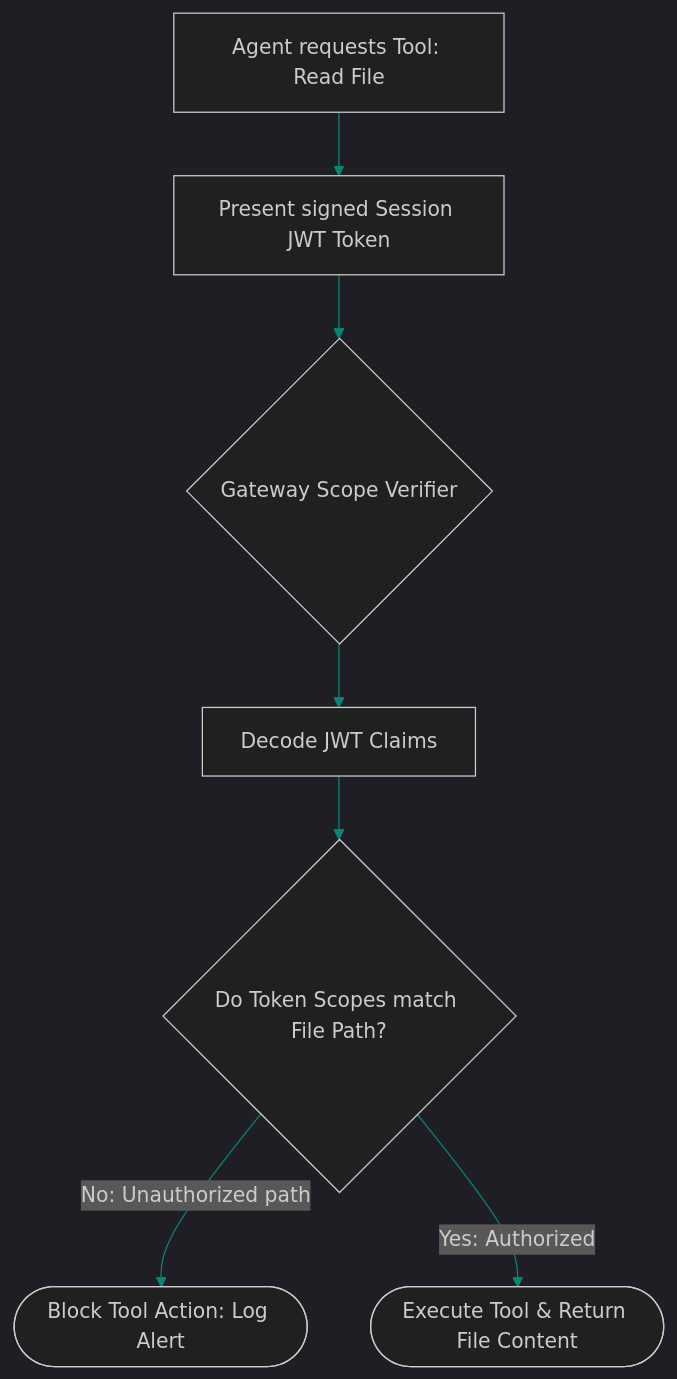
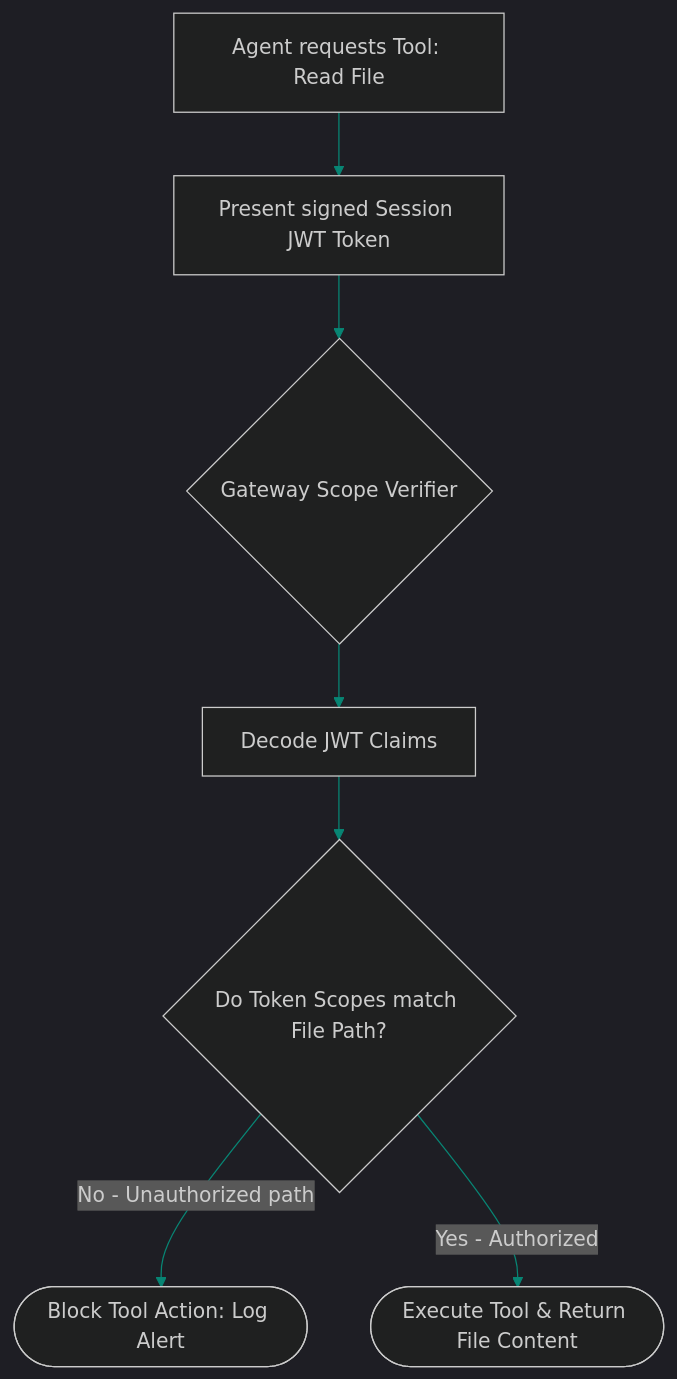
The diagram in blog/posts/security-dynamic-rbac-tool-grants-tokens.md (akmalkhaniub/akmalkhaniub.github.io), drawn with Mermaid before and after one commit. The commit also changed 411 other files, not shown here.

````diff
--- a/blog/posts/security-dynamic-rbac-tool-grants-tokens.md
+++ b/blog/posts/security-dynamic-rbac-tool-grants-tokens.md
@@ -16,12 +16,12 @@
 ```mermaid
 %%{init: {'theme': 'dark', 'themeVariables': { 'primaryColor': '#088574', 'primaryTextColor': '#f3f4f6', 'primaryBorderColor': '#0db49b', 'lineColor': '#088574', 'secondaryColor': '#111827', 'tertiaryColor': '#0b0f19'}}}%%
 flowchart TD
     Request[Agent requests Tool: Read File] --> Auth[Present signed Session JWT Token]
     Auth --> Gateway{Gateway Scope Verifier}
     
     Gateway --> Decode[Decode JWT Claims]
     Decode --> Match{Do Token Scopes match File Path?}
     
-    Match -->|No: Unauthorized path| Reject([Block Tool Action: Log Alert])
-    Match -->|Yes: Authorized| Execute([Execute Tool & Return File Content])
+    Match -->|No - Unauthorized path| Reject([Block Tool Action: Log Alert])
+    Match -->|Yes - Authorized| Execute([Execute Tool & Return File Content])
 ```
````
